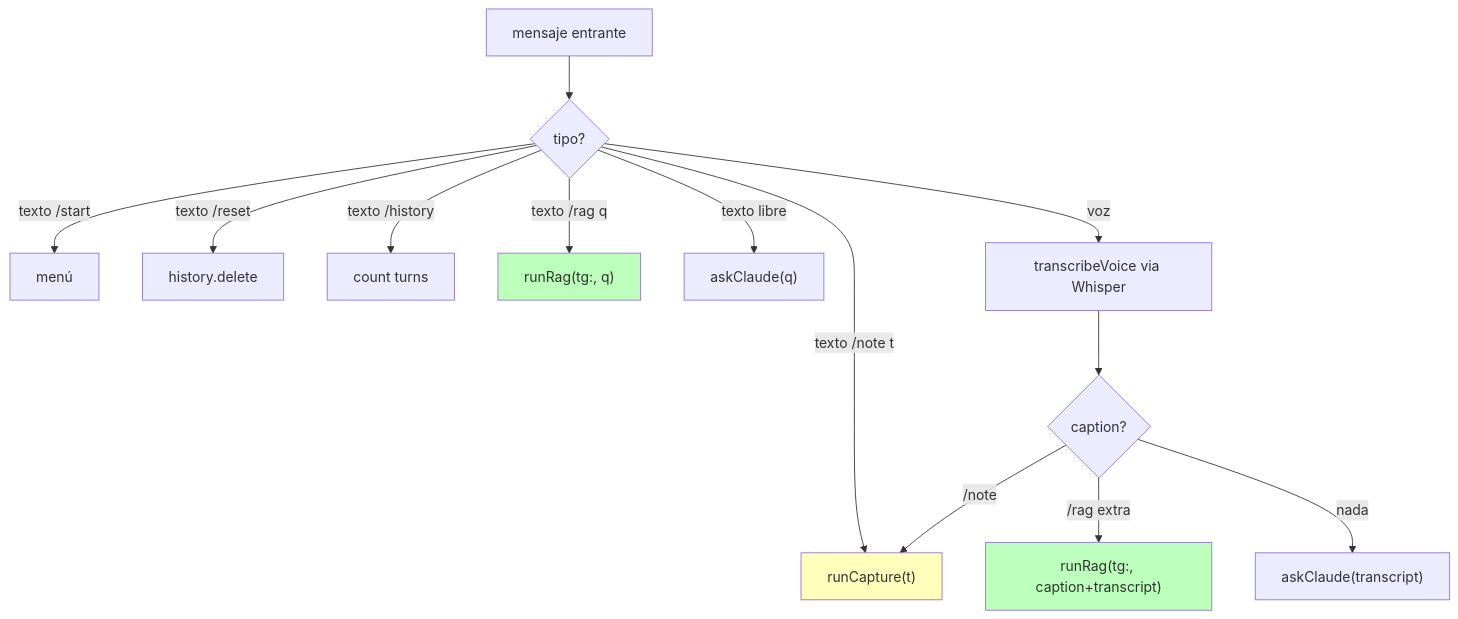
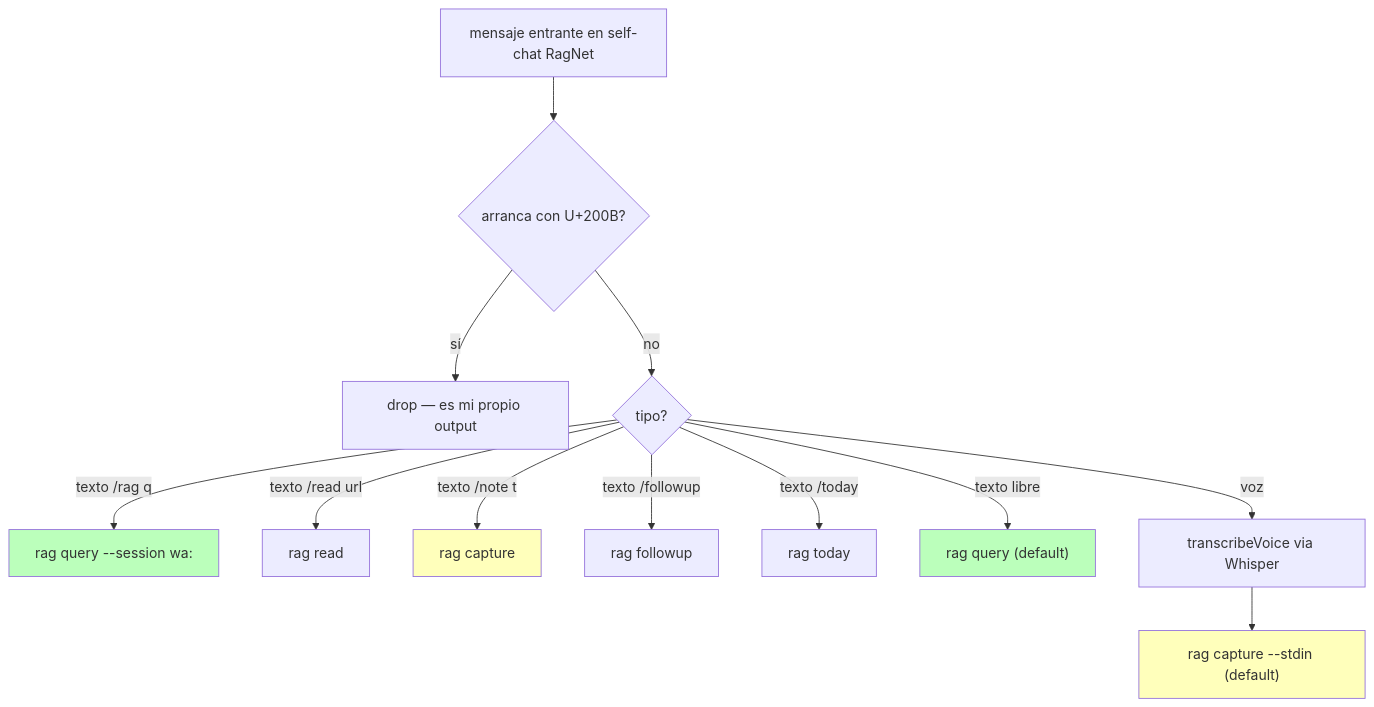
One commit to jagoff/rag-obsidian changed diagram 13 of 13 in docs/SYSTEM.md. Above: the diagram before and after it, drawn with Mermaid. The commit also changed other lines of this file and 8 other files, not shown here.

````diff
--- a/docs/SYSTEM.md
+++ b/docs/SYSTEM.md
@@ -568,20 +571,20 @@
 ```mermaid
 flowchart TB
-    Msg[mensaje entrante]
-    Msg --> Type{tipo?}
-    Type -->|texto /start| Start[menú]
-    Type -->|texto /reset| Reset[history.delete]
-    Type -->|texto /history| Hist[count turns]
-    Type -->|texto /rag q| Rag["runRag(tg:<chat>, q)"]
-    Type -->|texto /note t| Cap["runCapture(t)"]
-    Type -->|texto libre| Claude["askClaude(q)"]
+    Msg[mensaje entrante en self-chat RagNet]
+    Msg --> Loop{arranca con U+200B?}
+    Loop -->|sí| Drop[drop — es mi propio output]
+    Loop -->|no| Type{tipo?}
+    Type -->|texto /rag q| Rag["rag query --session wa:<jid>"]
+    Type -->|texto /read url| Read["rag read"]
+    Type -->|texto /note t| Cap["rag capture"]
+    Type -->|texto /followup| Fol["rag followup"]
+    Type -->|texto /today| Tod["rag today"]
+    Type -->|texto libre| RagT["rag query (default)"]
     Type -->|voz| V[transcribeVoice via Whisper]
-    V --> Cap2{caption?}
-    Cap2 -->|/note| Cap
-    Cap2 -->|/rag extra| RagV["runRag(tg:<chat>, caption+transcript)"]
-    Cap2 -->|nada| Claude2["askClaude(transcript)"]
+    V --> CapV["rag capture --stdin (default)"]
 
     style Rag fill:#bfb
+    style RagT fill:#bfb
     style Cap fill:#ffb
-    style RagV fill:#bfb
+    style CapV fill:#ffb
 ```
````
